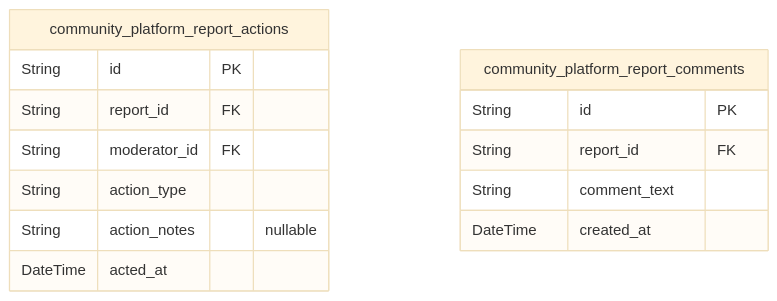
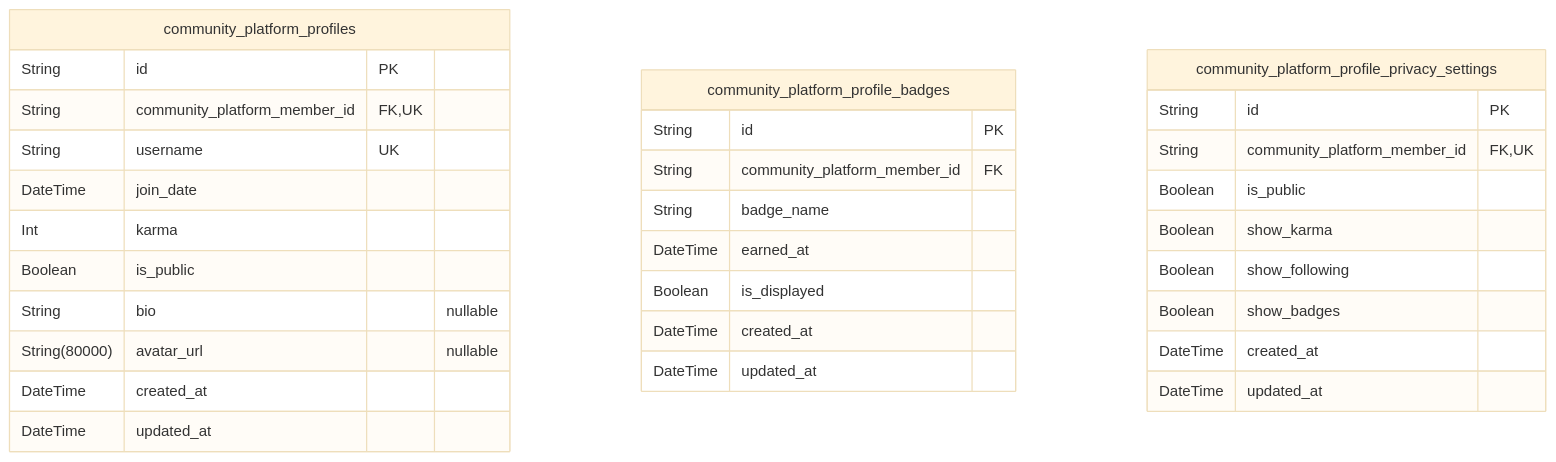
Before and after one commit to wrtnlabs/autobe-examples: the seventh of 10 diagrams in qwen/qwen3-next-80b-a3b-instruct/reddit/docs/ERD.md, drawn with Mermaid (base theme). The commit also changed other lines of this file and 16146 other files, not shown here.

````diff
--- a/qwen/qwen3-next-80b-a3b-instruct/reddit/docs/ERD.md
+++ b/qwen/qwen3-next-80b-a3b-instruct/reddit/docs/ERD.md
@@ -1068,17 +830,34 @@
 ```mermaid
 erDiagram
-"community_platform_report_actions" {
+"community_platform_profiles" {
   String id PK
-  String report_id FK
-  String moderator_id FK
-  String action_type
-  String action_notes "nullable"
-  DateTime acted_at
+  String community_platform_member_id FK,UK
+  String username UK
+  DateTime join_date
+  Int karma
+  Boolean is_public
+  String bio "nullable"
+  String(80000) avatar_url "nullable"
+  DateTime created_at
+  DateTime updated_at
 }
-"community_platform_report_comments" {
+"community_platform_profile_badges" {
   String id PK
-  String report_id FK
-  String comment_text
+  String community_platform_member_id FK
+  String badge_name
+  DateTime earned_at
+  Boolean is_displayed
   DateTime created_at
+  DateTime updated_at
+}
+"community_platform_profile_privacy_settings" {
+  String id PK
+  String community_platform_member_id FK,UK
+  Boolean is_public
+  Boolean show_karma
+  Boolean show_following
+  Boolean show_badges
+  DateTime created_at
+  DateTime updated_at
 }
 ```
````
